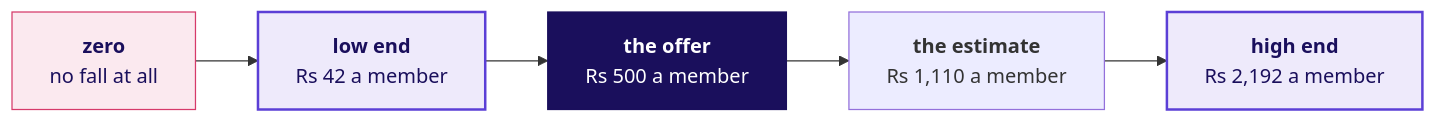
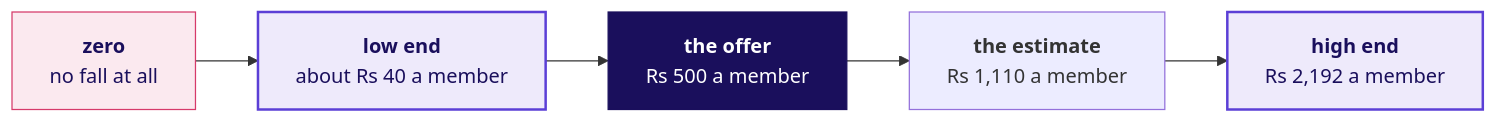
One commit to fde-academy-lab/c2-content-factory changed diagram 17 of 32 in content/W01/D4/slides/C2_W01_D04_half1_STUDENT.md. Above: the diagram before and after it, drawn with Mermaid. The commit also changed other lines of this file and 15 other files, not shown here.

````diff
--- a/content/W01/D4/slides/C2_W01_D04_half1_STUDENT.md
+++ b/content/W01/D4/slides/C2_W01_D04_half1_STUDENT.md
@@ -681,13 +681,13 @@
 ```mermaid
 flowchart LR
-    Z["<b>zero</b><br/>no fall at all"] --> L["<b>low end</b><br/>Rs 42 a member"]
+    Z["<b>zero</b><br/>no fall at all"] --> L["<b>low end</b><br/>about Rs 40 a member"]
     L --> O["<b>the offer</b><br/>Rs 500 a member"]
     O --> R["<b>the estimate</b><br/>Rs 1,110 a member"]
     R --> H["<b>high end</b><br/>Rs 2,192 a member"]
     classDef bad fill:#FBE9EF,stroke:#D63A6A,color:#1A0F5C
     classDef known fill:#EEEAFB,stroke:#5B3FD6,color:#1A0F5C,stroke-width:2px
     classDef bet fill:#1A0F5C,stroke:#1A0F5C,color:#FFFFFF
     class Z bad
     class L,H known
     class O bet
 ```
````
